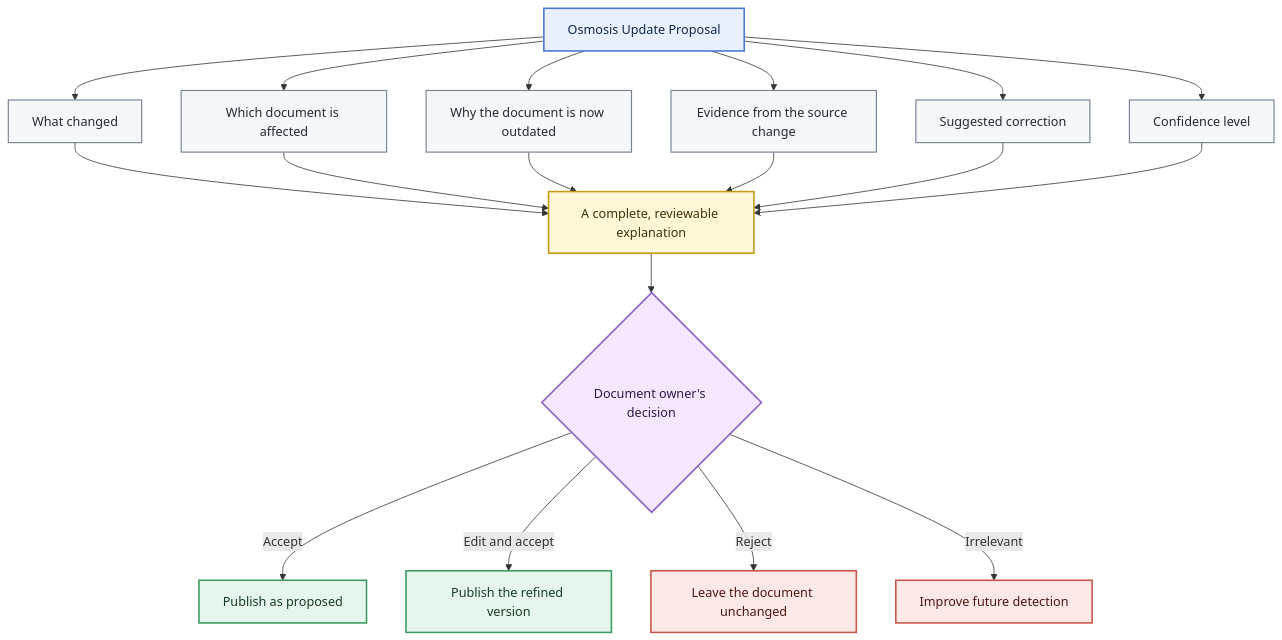
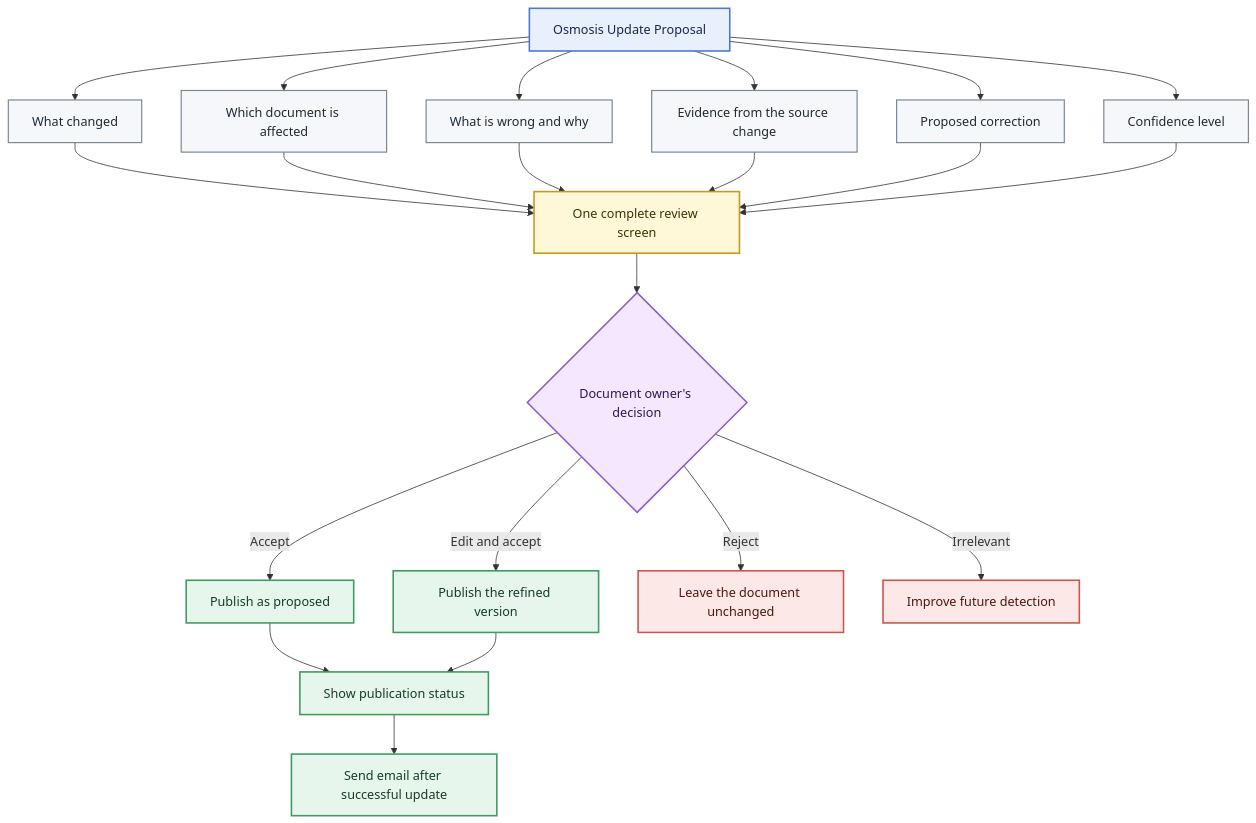
One commit to prathamreet-waters/osmosis changed the third of 4 diagrams in documents/prd-de/osmosis-prd-de.md. Above: the diagram before and after it, drawn with Mermaid. The commit also changed other lines of this file, not shown here.

````diff
--- a/documents/prd-de/osmosis-prd-de.md
+++ b/documents/prd-de/osmosis-prd-de.md
@@ -255,39 +268,41 @@
 ```mermaid
 flowchart TB
     A["Osmosis Update Proposal"]
 
     A --> B["What changed"]
     A --> C["Which document is affected"]
-    A --> D["Why the document is now outdated"]
+    A --> D["What is wrong and why"]
     A --> E["Evidence from the source change"]
-    A --> F["Suggested correction"]
+    A --> F["Proposed correction"]
     A --> G["Confidence level"]
 
-    B --> H["A complete, reviewable explanation"]
+    B --> H["One complete review screen"]
     C --> H
     D --> H
     E --> H
     F --> H
     G --> H
 
     H --> I{"Document owner's decision"}
-
     I -->|"Accept"| J["Publish as proposed"]
     I -->|"Edit and accept"| K["Publish the refined version"]
     I -->|"Reject"| L["Leave the document unchanged"]
     I -->|"Irrelevant"| M["Improve future detection"]
+    J --> N["Show publication status"]
+    K --> N
+    N --> O["Send email after successful update"]
 
     classDef proposal fill:#E8F0FE,stroke:#4C78D0,color:#14284A,stroke-width:2px
     classDef evidence fill:#F5F7FA,stroke:#7A8796,color:#202A35,stroke-width:1.5px
     classDef trust fill:#FFF8D8,stroke:#C49A17,color:#3F3208,stroke-width:2px
     classDef decision fill:#F3E8FF,stroke:#8B5FC7,color:#32184F,stroke-width:2px
     classDef positive fill:#E6F6EC,stroke:#3E9B61,color:#153D24,stroke-width:2px
     classDef negative fill:#FCE8E6,stroke:#C9574D,color:#4D1713,stroke-width:2px
 
     class A proposal
     class B,C,D,E,F,G evidence
     class H trust
     class I decision
-    class J,K positive
+    class J,K,N,O positive
     class L,M negative
 ```
````
